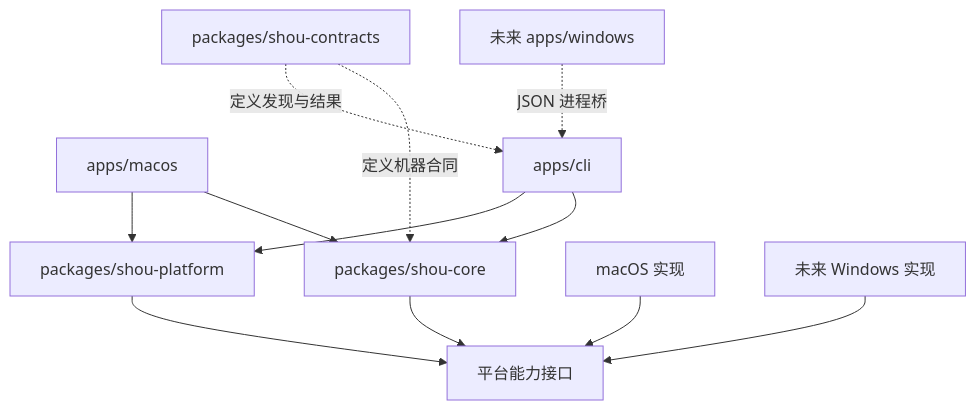
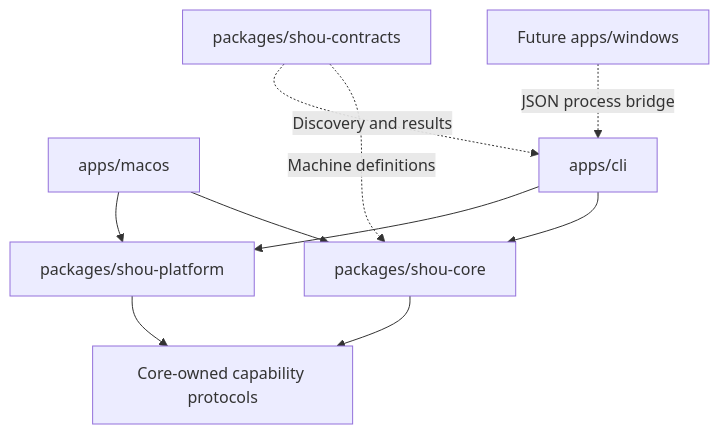
The diagram in docs/architecture/monorepo-and-platforms.md (limecloud/shou), drawn with Mermaid before and after one commit. The commit also changed other lines of this file and 46 other files, not shown here.

````diff
--- a/docs/architecture/monorepo-and-platforms.md
+++ b/docs/architecture/monorepo-and-platforms.md
@@ -49,14 +40,12 @@
 ```mermaid
 flowchart TB
     Mac[apps/macos] --> Core[packages/shou-core]
     Mac --> Platform[packages/shou-platform]
     CLI[apps/cli] --> Core
     CLI --> Platform
-    Windows[未来 apps/windows] -.JSON 进程桥.-> CLI
-    Core --> Interfaces[平台能力接口]
-    Platform --> Interfaces
-    MacAdapter[macOS 实现] --> Interfaces
-    WinAdapter[未来 Windows 实现] --> Interfaces
-    Contracts[packages/shou-contracts] -.定义机器合同.-> Core
-    Contracts -.定义发现与结果.-> CLI
+    Windows[Future apps/windows] -.JSON process bridge.-> CLI
+    Core --> Protocols[Core-owned capability protocols]
+    Platform --> Protocols
+    Contracts[packages/shou-contracts] -.Machine definitions.-> Core
+    Contracts -.Discovery and results.-> CLI
 ```
````
